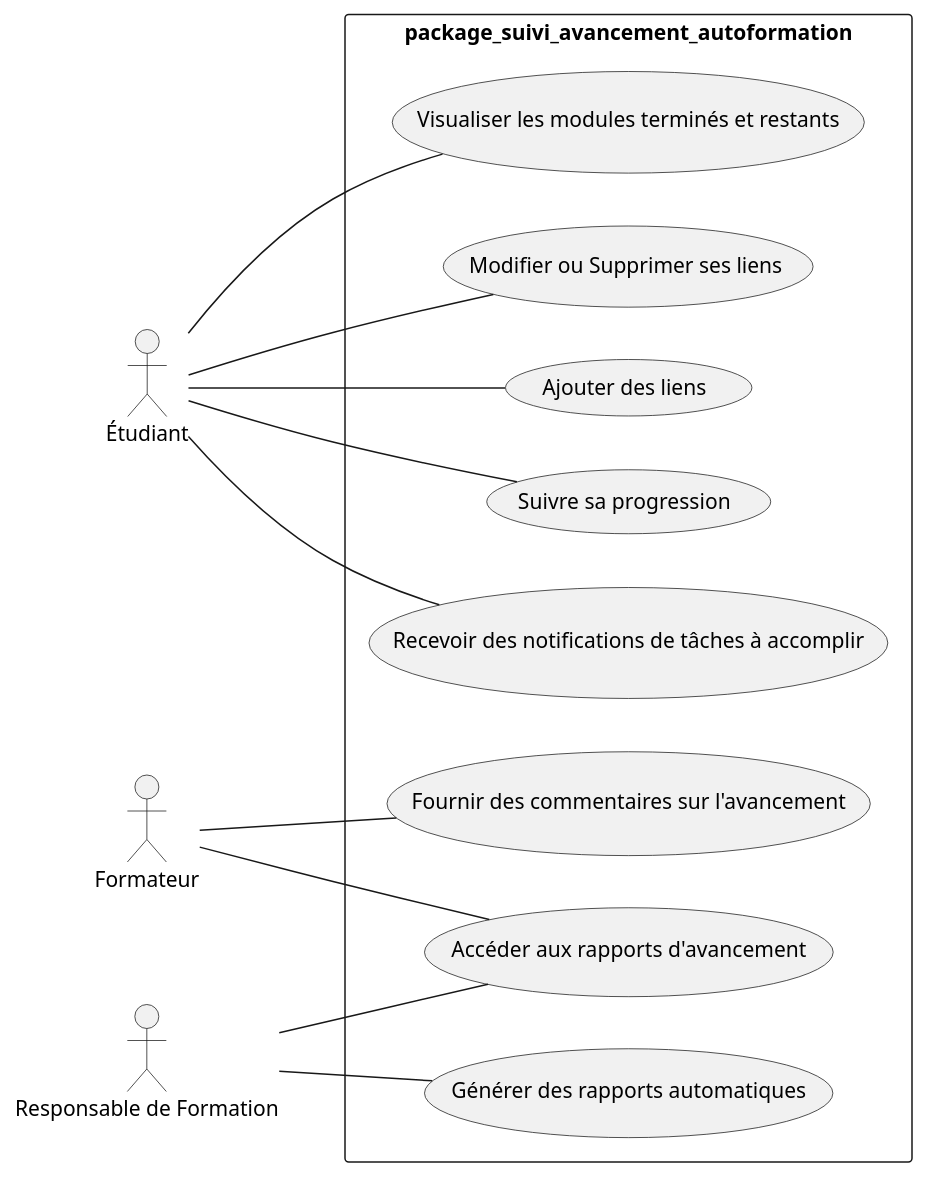
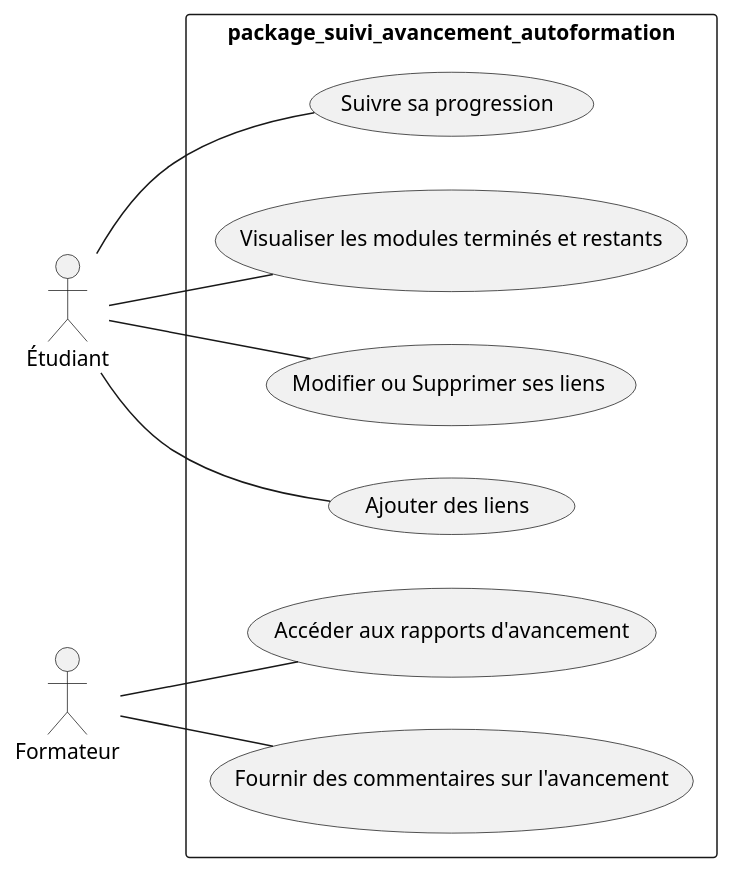
The diagram in Branch_fonctionell/Use_cases/Use_case.puml (AyoubBakali07/UI_UX_Design), drawn with PlantUML before and after one commit. The commit also changed 4 other files, not shown here.

```diff
--- a/Branch_fonctionell/Use_cases/Use_case.puml
+++ b/Branch_fonctionell/Use_cases/Use_case.puml
@@ -1,29 +1,23 @@
 @startuml
 left to right direction
 actor Étudiant
 actor Formateur
-actor "Responsable de Formation" as Responsable
 
 rectangle "package_suivi_avancement_autoformation" {
     usecase "Suivre sa progression" as UC1
-    usecase "Recevoir des notifications de tâches à accomplir" as UC2
     usecase "Visualiser les modules terminés et restants" as UC3
     usecase "Modifier ou Supprimer ses liens" as UC8
     usecase "Ajouter des liens" as UC9
     usecase "Accéder aux rapports d'avancement" as UC4
     usecase "Fournir des commentaires sur l'avancement" as UC5
-    usecase "Générer des rapports automatiques" as UC7
 }
 
 Étudiant -- UC1
-Étudiant -- UC2
 Étudiant -- UC3
 Étudiant -- UC8
 Étudiant -- UC9
 
 Formateur -- UC4
 Formateur -- UC5
 
-Responsable -- UC4
-Responsable -- UC7
 @enduml
```
